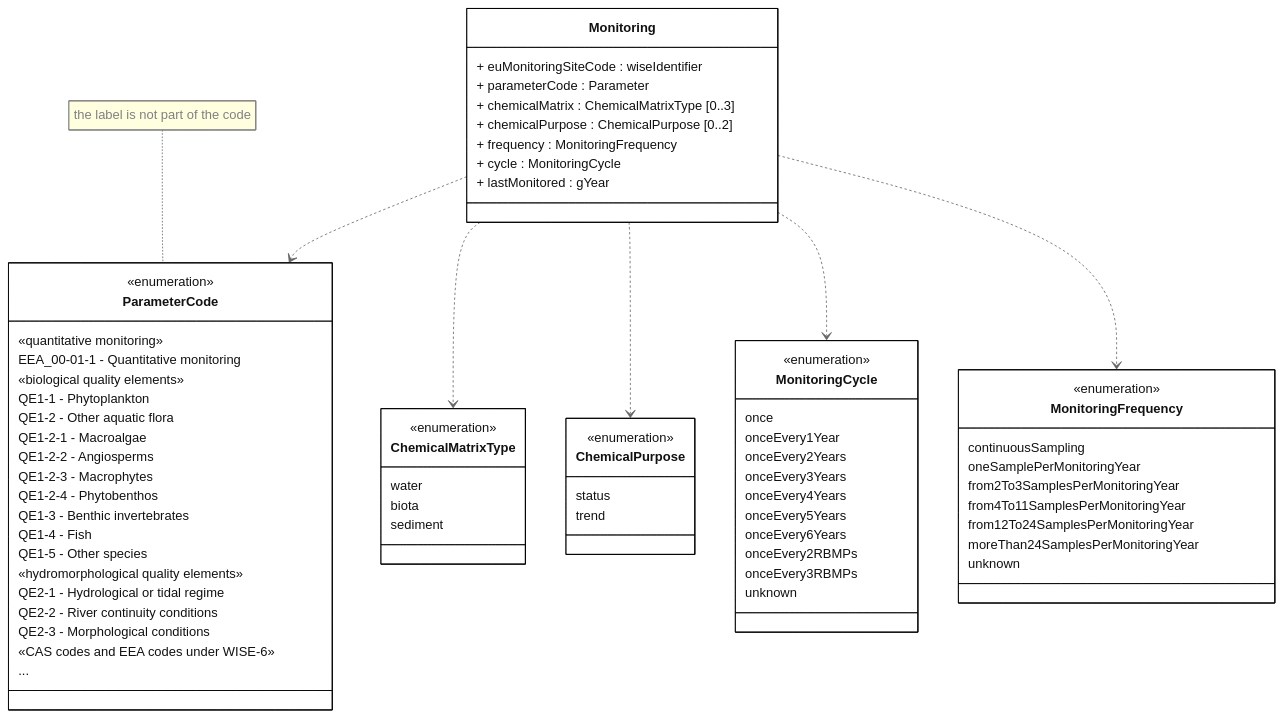
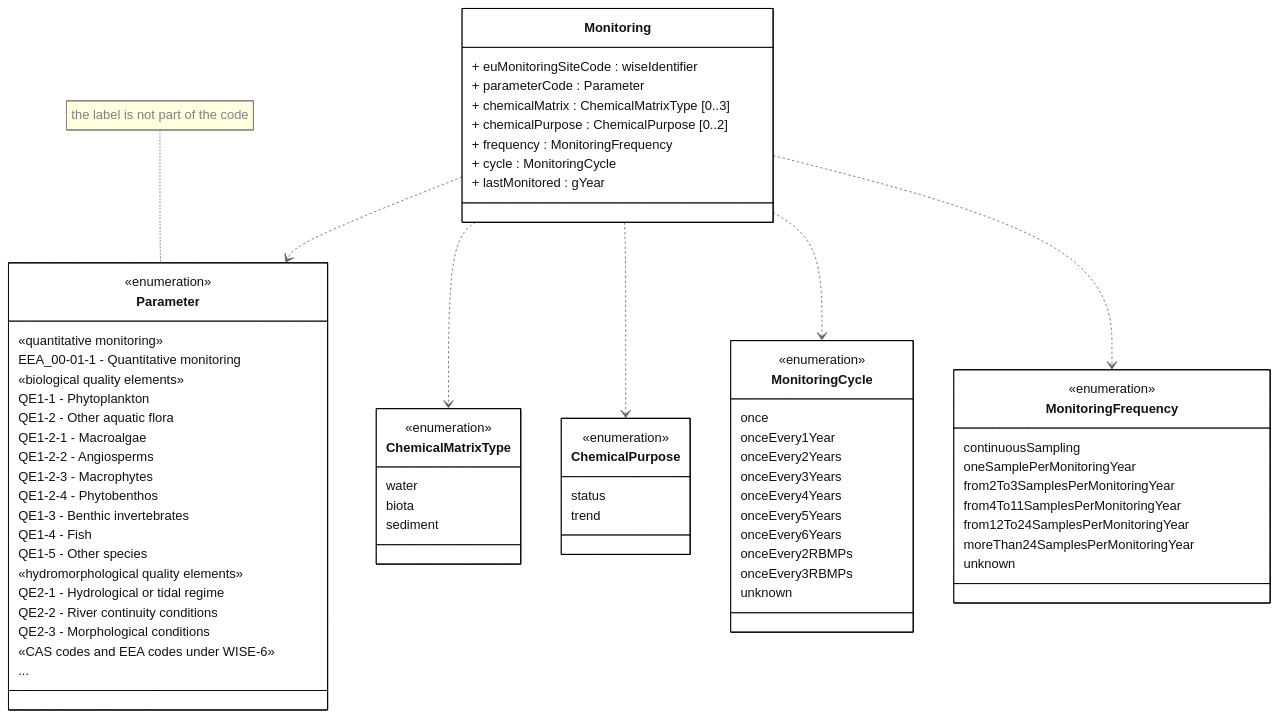
One commit to eeadata/WISE.WFD.Documentation changed the diagram in docs/DataModelReview/mmd/Monitoring_4thCycle_Monitoring_ClassDiagram.mmd. Above: the diagram before and after it, drawn with Mermaid. The commit also changed 4 other files, not shown here.

```diff
--- a/docs/DataModelReview/mmd/Monitoring_4thCycle_Monitoring_ClassDiagram.mmd
+++ b/docs/DataModelReview/mmd/Monitoring_4thCycle_Monitoring_ClassDiagram.mmd
@@ -1,100 +1,100 @@
 ---
 config:
   class:
     hideEmptyMembersBox: true
   layout: dagre
   theme: neutral
   themeVariables:
     noteBkgColor: lightYellow
     noteTextColor: grey
     noteBorderColor: grey 
 ---
 classDiagram
 direction TB
 
 
 class Monitoring{
   + euMonitoringSiteCode : wiseIdentifier
   + parameterCode : Parameter
   + chemicalMatrix : ChemicalMatrixType [0..3]
   + chemicalPurpose : ChemicalPurpose [0..2]
   + frequency : MonitoringFrequency
   + cycle : MonitoringCycle
   + lastMonitored : gYear
 }
 
-class ParameterCode{
+class Parameter{
   <<enumeration>>
 
   «quantitative monitoring»
   EEA_00-01-1 - Quantitative monitoring
 
   «biological quality elements»
   QE1-1 - Phytoplankton
   QE1-2 - Other aquatic flora
   QE1-2-1 - Macroalgae
   QE1-2-2 - Angiosperms
   QE1-2-3 - Macrophytes
   QE1-2-4 - Phytobenthos
   QE1-3 - Benthic invertebrates
   QE1-4 - Fish
   QE1-5 - Other species
 
   «hydromorphological quality elements»
   QE2-1 - Hydrological or tidal regime
   QE2-2 - River continuity conditions
   QE2-3 - Morphological conditions
 
   «CAS codes and EEA codes under WISE-6»
   ...
 }
 
 class ChemicalMatrixType{
     <<enumeration>>
     water
     biota
     sediment
     }
 
 class ChemicalPurpose{
     <<enumeration>>
     status
     trend
     }   
 
 class MonitoringFrequency{
     <<enumeration>>
     continuousSampling
     oneSamplePerMonitoringYear
     from2To3SamplesPerMonitoringYear
     from4To11SamplesPerMonitoringYear
     from12To24SamplesPerMonitoringYear
     moreThan24SamplesPerMonitoringYear
     unknown
     }   
 
 class MonitoringCycle{
     <<enumeration>>
     once
     onceEvery1Year
     onceEvery2Years
     onceEvery3Years
     onceEvery4Years
     onceEvery5Years
     onceEvery6Years
     onceEvery2RBMPs
     onceEvery3RBMPs
     unknown
     }   
 
-Monitoring ..> ParameterCode
+Monitoring ..> Parameter
 Monitoring ..> ChemicalMatrixType
 Monitoring ..> ChemicalPurpose
 
 Monitoring ..> MonitoringCycle
 Monitoring ..> MonitoringFrequency
 
-note for ParameterCode "the label is not part of the code"
+note for Parameter "the label is not part of the code"
 
 classDef default fill:white,stroke:#000;
 classDef forFixing fill:white,stroke:#f00;
```
